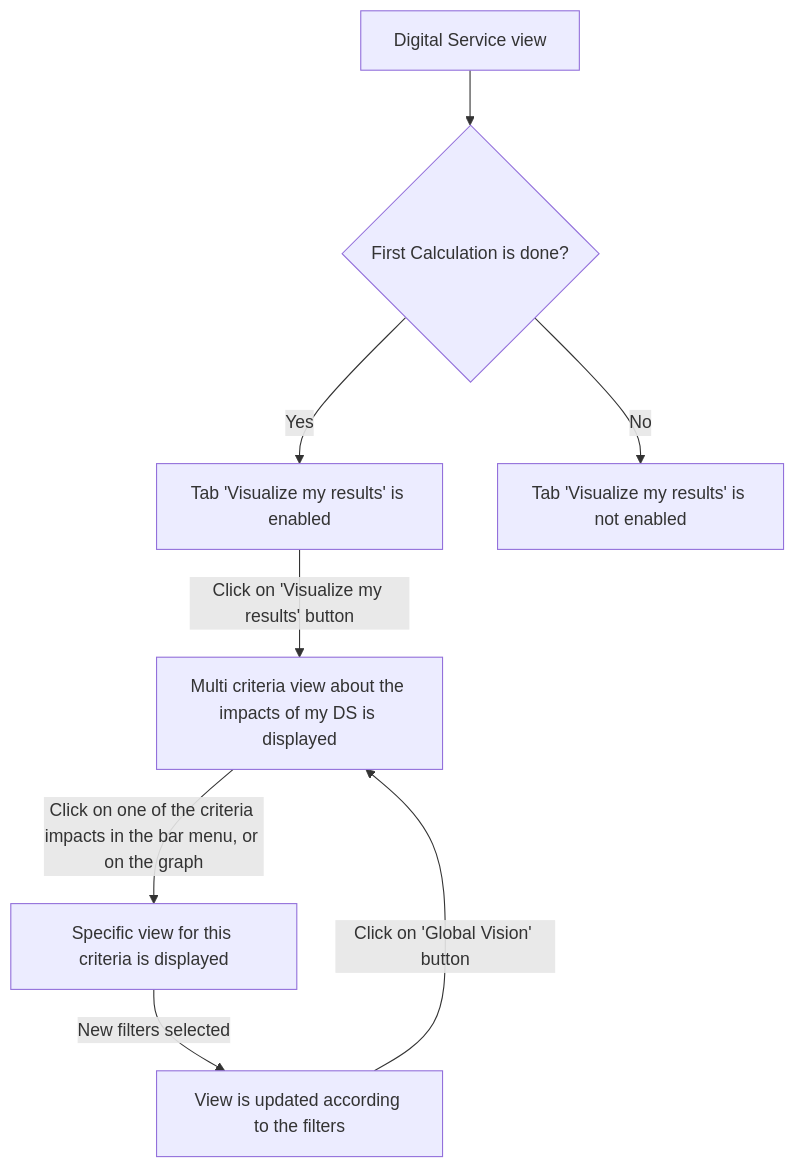
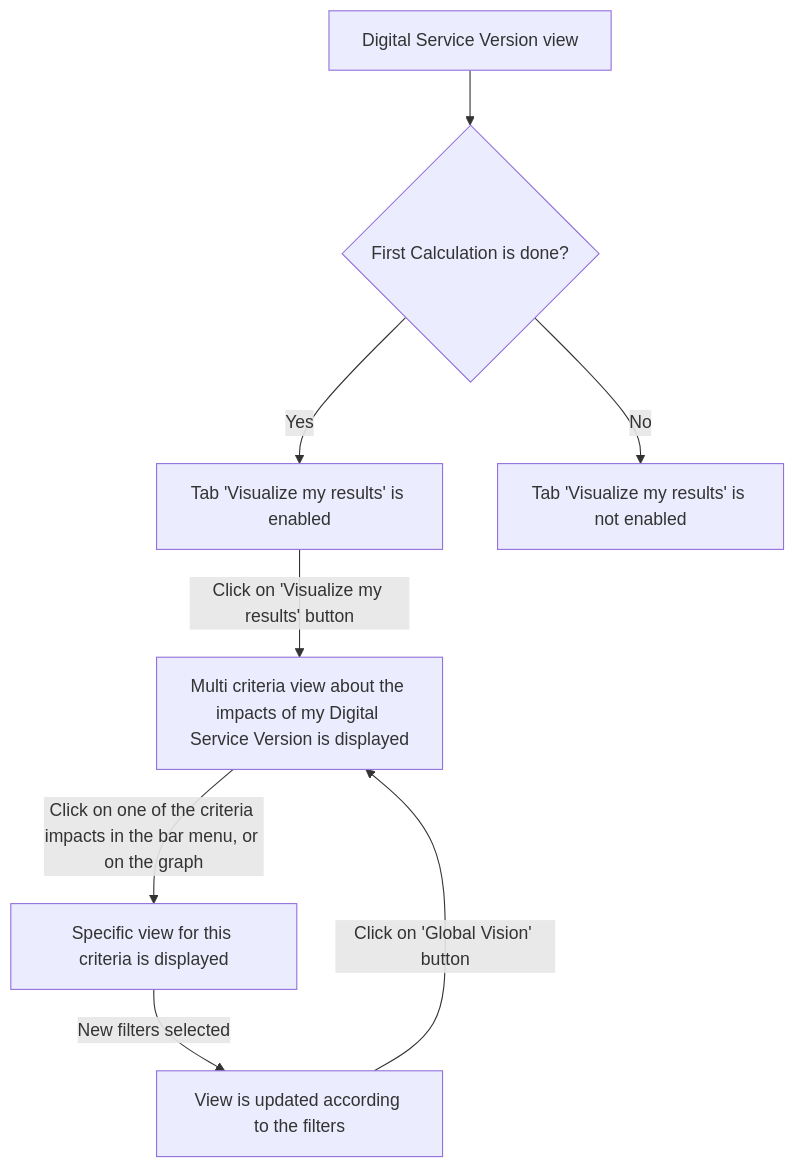
Before and after one commit to teamg4it/g4it: the first of 2 diagrams in services/documentation/content/2-functional-documentation/use_cases/uc_digital_services/uc5_visualize_footprint/_index.md, drawn with Mermaid. The commit also changed other lines of this file and 34 other files, not shown here.

```diff
--- a/services/documentation/content/2-functional-documentation/use_cases/uc_digital_services/uc5_visualize_footprint/_index.md
+++ b/services/documentation/content/2-functional-documentation/use_cases/uc_digital_services/uc5_visualize_footprint/_index.md
@@ -33,9 +33,9 @@
 {{< mermaid align="center">}}
 graph TD;
-Step1[Digital Service view] --> Decision1{First Calculation is done?}
+Step1[Digital Service Version view] --> Decision1{First Calculation is done?}
 Decision1-->|Yes|Step2[Tab 'Visualize my results' is enabled]
 Decision1-->|No|Step3[Tab 'Visualize my results' is not enabled]
-Step2-->|Click on 'Visualize my results' button|Step4[Multi criteria view about the impacts of my DS is displayed]-->|Click on one of the criteria impacts in the bar menu, or on the graph|Step5[Specific view for this criteria is displayed]-->|New filters selected|Step8
+Step2-->|Click on 'Visualize my results' button|Step4[Multi criteria view about the impacts of my Digital Service Version is displayed]-->|Click on one of the criteria impacts in the bar menu, or on the graph|Step5[Specific view for this criteria is displayed]-->|New filters selected|Step8
 Step8[View is updated according to the filters]
 Step8-->|Click on 'Global Vision' button|Step4
 {{< /mermaid >}}
```
